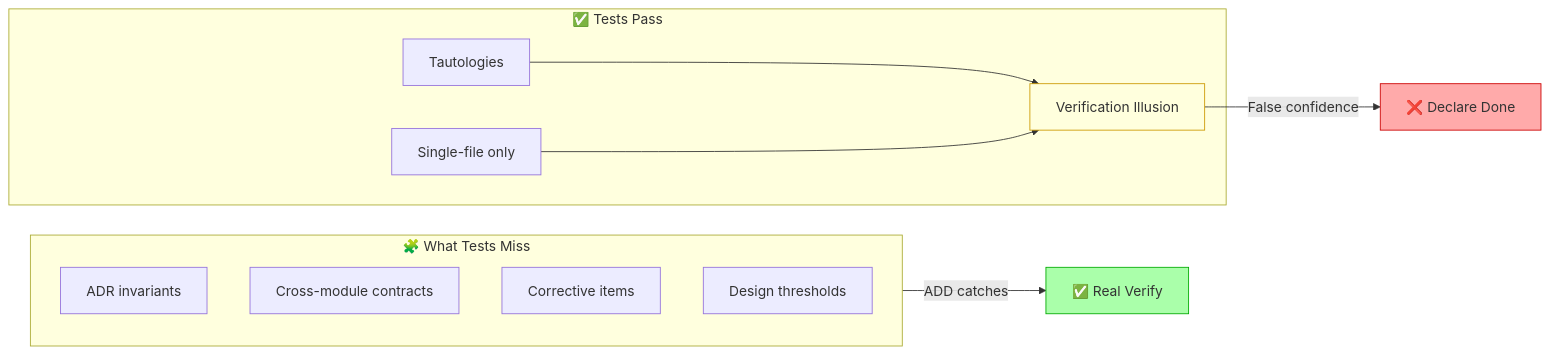
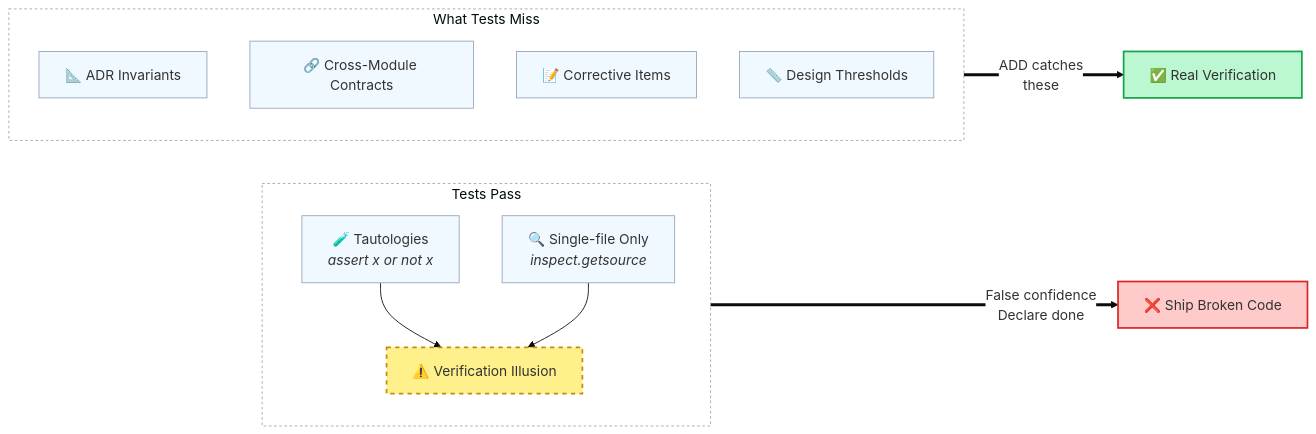
One commit to StormstoutLau/audit-driven-development changed the first of 5 diagrams in README.md. Above: the diagram before and after it, drawn with Mermaid. The commit also changed other lines of this file, not shown here.

First line of the commit message:
docs(v1.0): README huashu-design visual optimization pass

````diff
--- a/README.md
+++ b/README.md
@@ -30,18 +51,36 @@
 ```mermaid
+---
+config:
+  theme: base
+  themeVariables:
+    primaryColor: "#f0f9ff"
+    primaryBorderColor: "#0369a1"
+    secondaryColor: "#fef3c7"
+    secondaryBorderColor: "#b45309"
+    tertiaryColor: "#fef2f2"
+    tertiaryBorderColor: "#dc2626"
+    nodeBorder: "#94a3b8"
+    edgeLabelBackground: "#ffffff"
+---
 flowchart LR
-    subgraph Pass["✅ Tests Pass"]
-        A[Tautologies] --> C[Verification Illusion]
-        B[Single-file only] --> C
+    subgraph Pass["Tests Pass"]
+        direction TB
+        A["🧪 Tautologies<br><i>assert x or not x</i>"] --> C["⚠️ Verification Illusion"]
+        B["🔍 Single-file Only<br><i>inspect.getsource</i>"] --> C
     end
-    subgraph Miss["🧩 What Tests Miss"]
-        D[ADR invariants]
-        E[Cross-module contracts]
-        F[Corrective items]
-        G[Design thresholds]
+    subgraph Miss["What Tests Miss"]
+        direction TB
+        D["📐 ADR Invariants"]
+        E["🔗 Cross-Module Contracts"]
+        F["📝 Corrective Items"]
+        G["📏 Design Thresholds"]
     end
-    C -->|"False confidence"| H[❌ Declare Done]
-    Miss -->|"ADD catches"| I[✅ Real Verify]
-    style H fill:#faa,stroke:#c00
-    style I fill:#afa,stroke:#0a0
-    style C fill:#ffd,stroke:#c90
+    C ==>|"False confidence<br>Declare done"| H["❌ Ship Broken Code"]
+    Miss ==>|"ADD catches<br>these"| I["✅ Real Verification"]
+
+    style H fill:#fecaca,stroke:#dc2626,stroke-width:2px
+    style I fill:#bbf7d0,stroke:#16a34a,stroke-width:2px
+    style C fill:#fef08a,stroke:#ca8a04,stroke-width:2px,stroke-dasharray: 5 5
+    style Pass fill:none,stroke:#94a3b8,stroke-dasharray: 3 3
+    style Miss fill:none,stroke:#94a3b8,stroke-dasharray: 3 3
 ```
````
